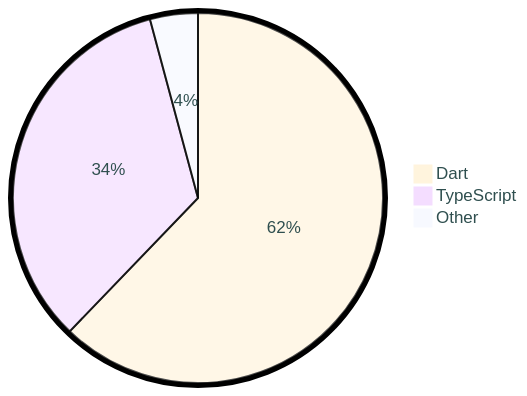
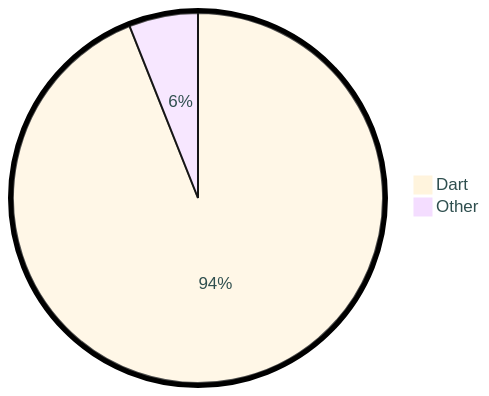
Before and after one commit to tot0p/tot0p: the diagram in README.md, drawn with Mermaid. The commit also changed other lines of this file, not shown here.

````diff
--- a/README.md
+++ b/README.md
@@ -121,7 +118,6 @@
 ```mermaid
 %%{init: {"pie": {"textPosition": 0.5}, "themeVariables": {"pieOuterStrokeWidth": "5px","primaryTextColor" : "#2F4F4F"},"theme":"base"} }%%
 pie
-	"Dart": 62.19
-	"TypeScript": 33.63
-	"Other": 4.18
+	"Dart": 93.96
+	"Other": 6.03
 ```
````
